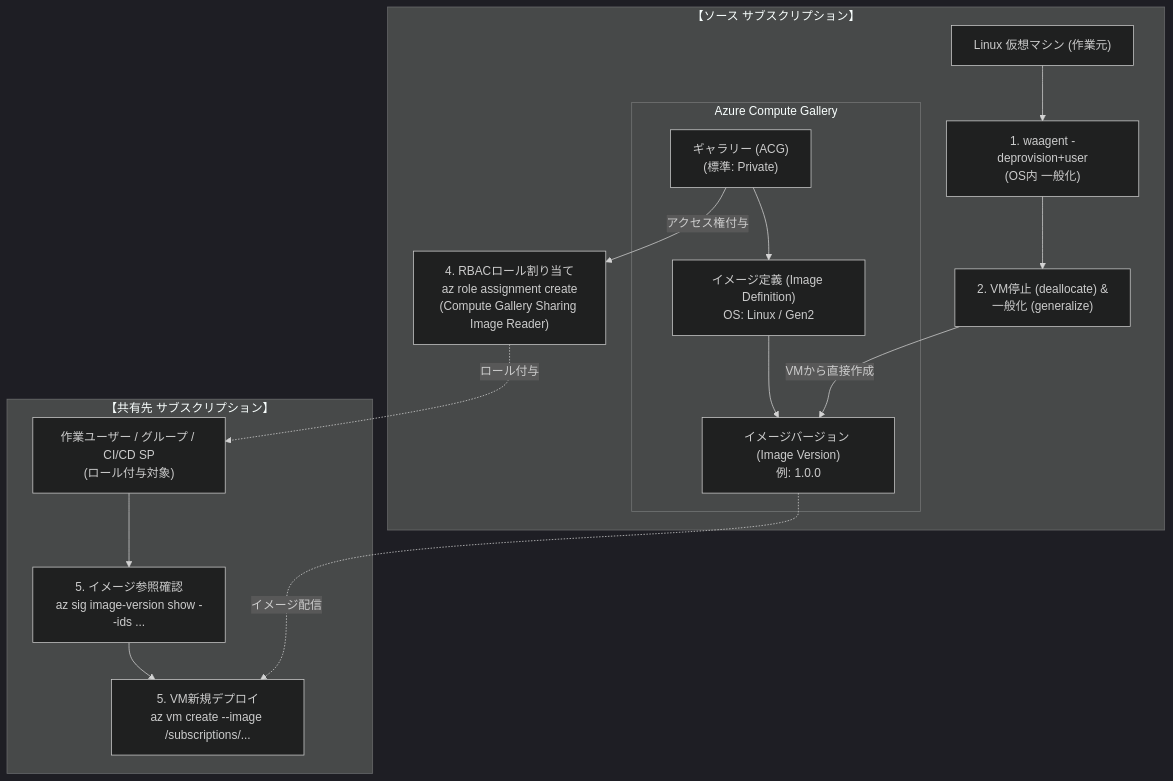
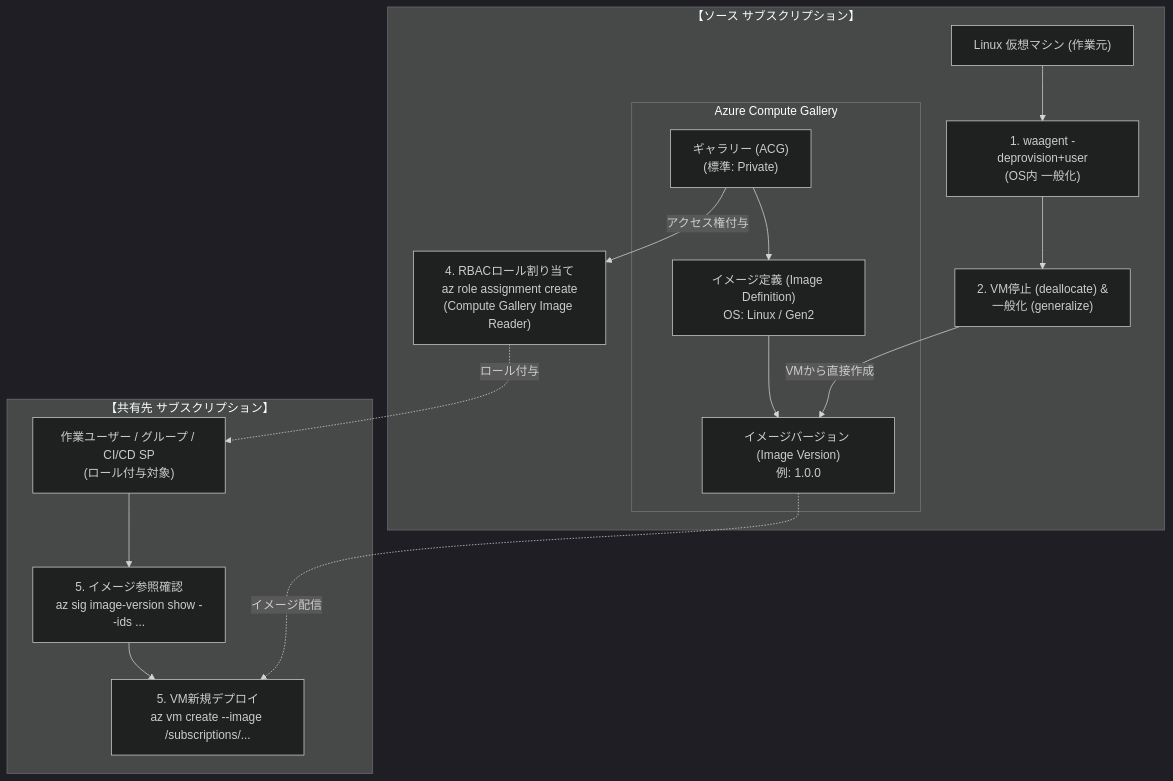
The diagram in VM/AZURE：仮想マシンのイメージ化：Linux編（RBAC共有版).md (hide104y/markdown), drawn with Mermaid (dark theme) before and after one commit. The commit also changed other lines of this file and 2 other files, not shown here.

````diff
--- a/VM/AZURE：仮想マシンのイメージ化：Linux編（RBAC共有版).md
+++ b/VM/AZURE：仮想マシンのイメージ化：Linux編（RBAC共有版).md
@@ -11,33 +11,33 @@
 ```mermaid
 flowchart TD
     subgraph SourceSub["【ソース サブスクリプション】"]
         VM["Linux 仮想マシン (作業元)"]
         WAAgent["1. waagent -deprovision+user<br/>(OS内 一般化)"]
         Deallocate["2. VM停止 (deallocate) &<br/>一般化 (generalize)"]
         
         subgraph ACG["Azure Compute Gallery"]
             Gallery["ギャラリー (ACG)<br/>(標準: Private)"]
             ImageDef["イメージ定義 (Image Definition)<br/>OS: Linux / Gen2"]
             ImageVer["イメージバージョン (Image Version)<br/>例: 1.0.0"]
         end
         
-        RBAC["4. RBACロール割り当て<br/>az role assignment create<br/>(Compute Gallery Sharing Image Reader)"]
+        RBAC["4. RBACロール割り当て<br/>az role assignment create<br/>(Compute Gallery Image Reader)"]
     end
 
     subgraph TargetSub["【共有先 サブスクリプション】"]
         Principal["作業ユーザー / グループ / CI/CD SP<br/>(ロール付与対象)"]
         Verify["5. イメージ参照確認<br/>az sig image-version show --ids ..."]
         CreateVM["5. VM新規デプロイ<br/>az vm create --image /subscriptions/..."]
     end
 
     VM --> WAAgent
     WAAgent --> Deallocate
     Deallocate -->|VMから直接作成| ImageVer
     Gallery --> ImageDef
     ImageDef --> ImageVer
     Gallery -->|アクセス権付与| RBAC
     RBAC -.->|ロール付与| Principal
     Principal --> Verify
     Verify --> CreateVM
     ImageVer -.->|イメージ配信| CreateVM
 ```
````
